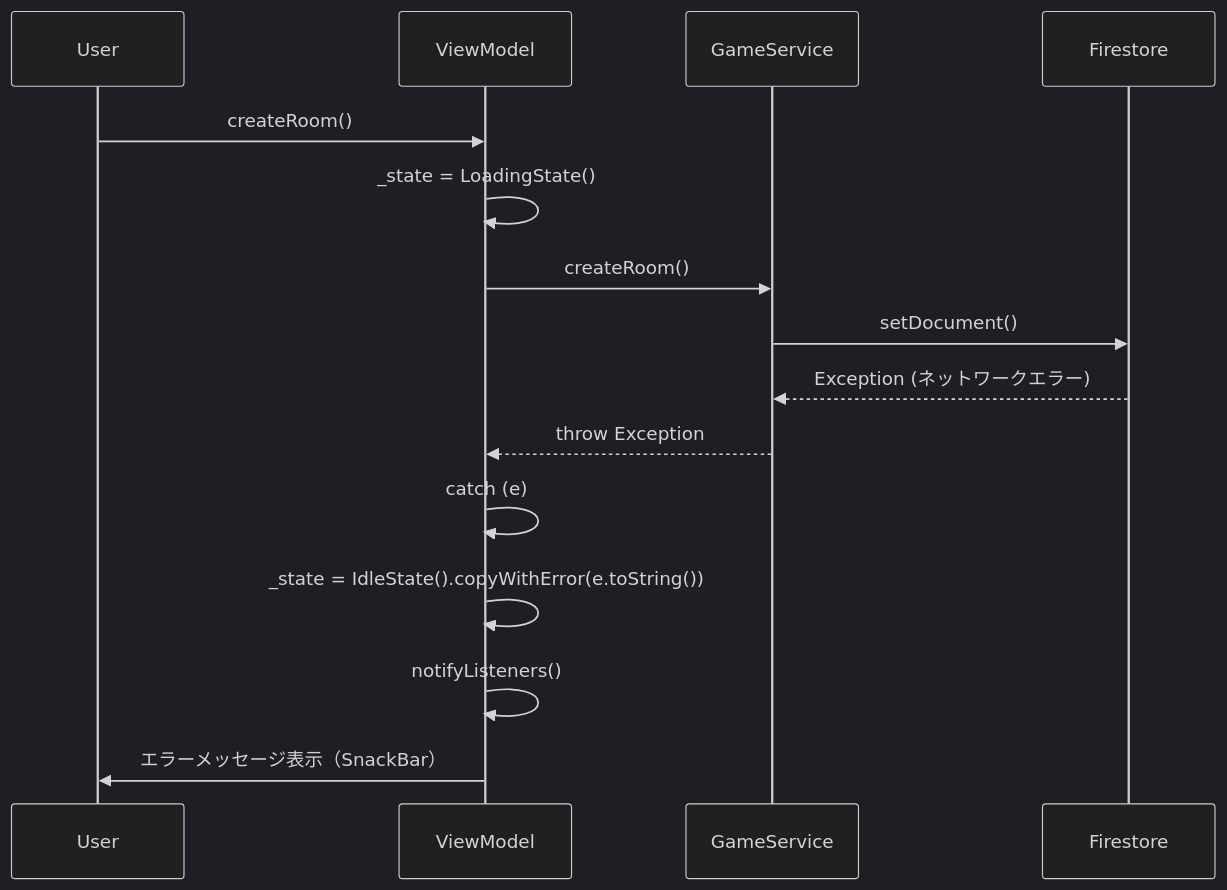
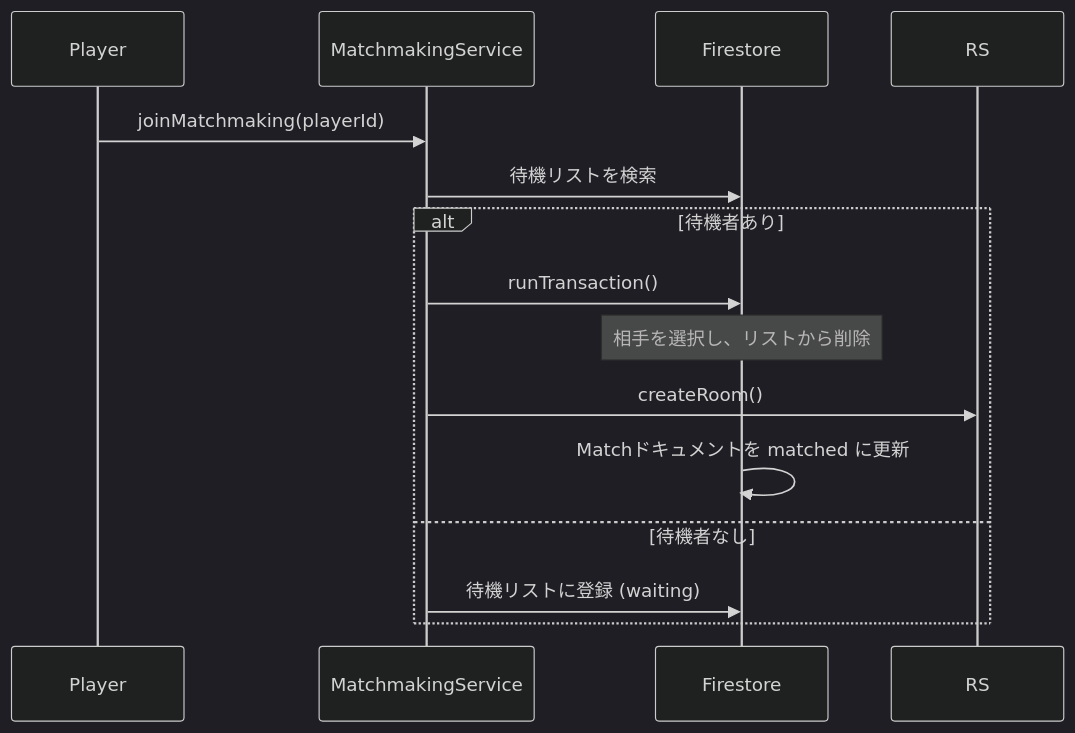
One commit to YotaMomose/battle_for_the_cats changed the third of 6 diagrams in docs/architecture/05_data_flow.md. Above: the diagram before and after it, drawn with Mermaid (dark theme). The commit also changed other lines of this file and 5 other files, not shown here.

````diff
--- a/docs/architecture/05_data_flow.md
+++ b/docs/architecture/05_data_flow.md
@@ -414,20 +54,18 @@
 ```mermaid
 sequenceDiagram
-    participant U as User
-    participant VM as ViewModel
-    participant GS as GameService
+    participant P as Player
+    participant MS as MatchmakingService
     participant FS as Firestore
     
-    U->>VM: createRoom()
-    VM->>VM: _state = LoadingState()
-    VM->>GS: createRoom()
+    P->>MS: joinMatchmaking(playerId)
+    MS->>FS: 待機リストを検索
     
-    GS->>FS: setDocument()
-    FS-->>GS: Exception (ネットワークエラー)
-    GS-->>VM: throw Exception
-    
-    VM->>VM: catch (e)
-    VM->>VM: _state = IdleState().copyWithError(e.toString())
-    VM->>VM: notifyListeners()
-    VM->>U: エラーメッセージ表示（SnackBar）
+    alt 待機者あり
+        MS->>FS: runTransaction()
+        Note over FS: 相手を選択し、リストから削除
+        MS->>RS: createRoom()
+        FS->>FS: Matchドキュメントを matched に更新
+    else 待機者なし
+        MS->>FS: 待機リストに登録 (waiting)
+    end
 ```
````
